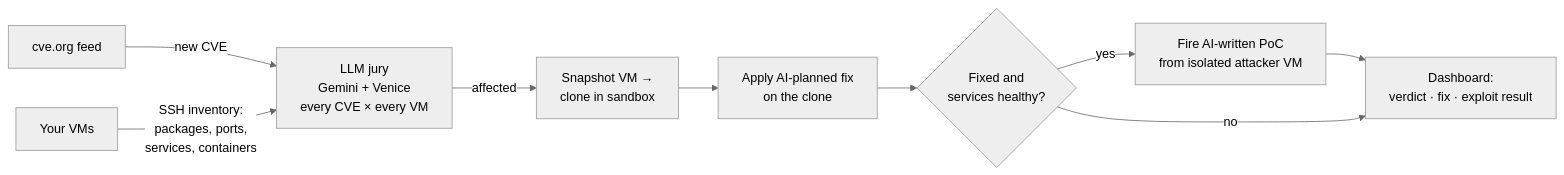
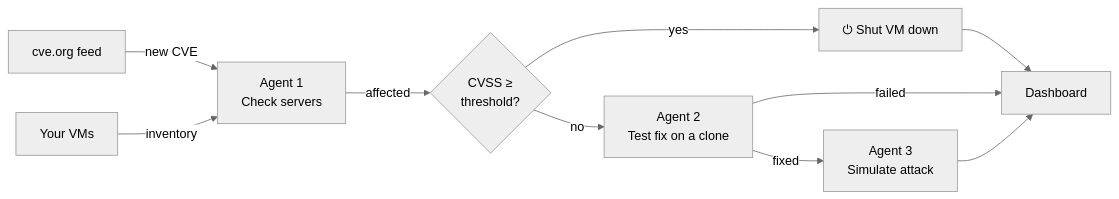
Before and after one commit to aimiliospot/eleven0zero: the diagram in README.md, drawn with Mermaid (neutral theme). The commit also changed other lines of this file and 11 other files, not shown here.

Commit message:
Save patched clone as deployable snapshot, seed demo shutdown hosts, simplify graphics and README

````diff
--- a/README.md
+++ b/README.md
@@ -32,11 +25,12 @@
 ```mermaid
 flowchart LR
-    A[cve.org feed] -->|new CVE| C[LLM jury<br/>Gemini + Venice<br/>every CVE × every VM]
-    V[Your VMs] -->|SSH inventory:<br/>packages, ports,<br/>services, containers| C
-    C -->|affected| D[Snapshot VM →<br/>clone in sandbox]
-    D --> E[Apply AI-planned fix<br/>on the clone]
-    E --> F{Fixed and<br/>services healthy?}
-    F -->|yes| G[Fire AI-written PoC<br/>from isolated attacker VM]
-    G --> H[Dashboard:<br/>verdict · fix · exploit result]
-    F -->|no| H
+    A[cve.org feed] -->|new CVE| C[Agent 1<br/>Check servers]
+    V[Your VMs] -->|inventory| C
+    C -->|affected| T{CVSS ≥<br/>threshold?}
+    T -->|yes| S[⏻ Shut VM down]
+    T -->|no| D[Agent 2<br/>Test fix on a clone]
+    D -->|fixed| E[Agent 3<br/>Simulate attack]
+    S --> H[Dashboard]
+    D -->|failed| H
+    E --> H
 ```
````
